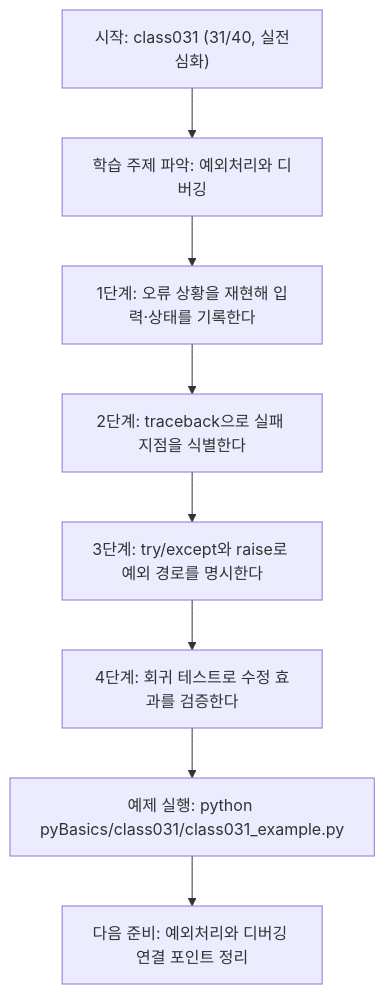
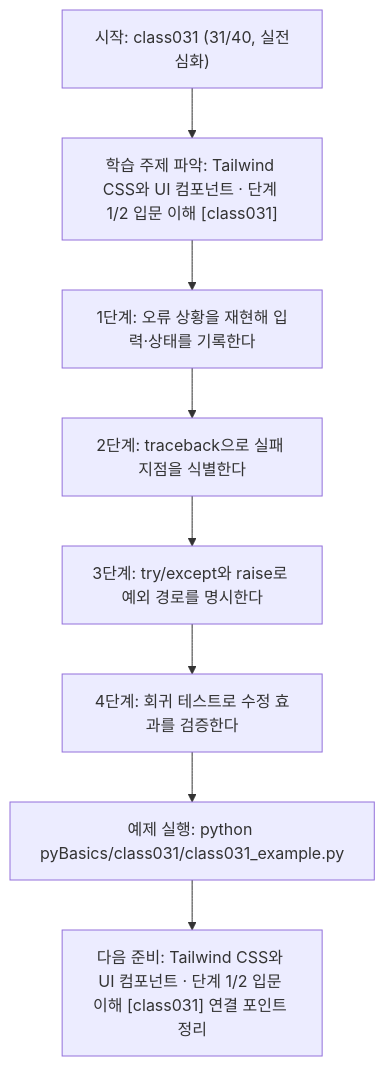
One commit to edumgt/Python-AI_Agent-Class changed the diagram in pyBasics/class031/class031.md. Above: the diagram before and after it, drawn with Mermaid. The commit also changed other lines of this file and 522 other files, not shown here.

````diff
--- a/pyBasics/class031/class031.md
+++ b/pyBasics/class031/class031.md
@@ -108,18 +108,18 @@
 ```mermaid
 flowchart TD
 N1["시작: class031 (31/40, 실전심화)"]
-N2["학습 주제 파악: 예외처리와 디버깅"]
+N2["학습 주제 파악: Tailwind CSS와 UI 컴포넌트 · 단계 1/2 입문 이해 [class031]"]
 N3["1단계: 오류 상황을 재현해 입력·상태를 기록한다"]
 N4["2단계: traceback으로 실패 지점을 식별한다"]
 N5["3단계: try/except와 raise로 예외 경로를 명시한다"]
 N6["4단계: 회귀 테스트로 수정 효과를 검증한다"]
 N7["예제 실행: python pyBasics/class031/class031_example.py"]
-N8["다음 준비: 예외처리와 디버깅 연결 포인트 정리"]
+N8["다음 준비: Tailwind CSS와 UI 컴포넌트 · 단계 1/2 입문 이해 [class031] 연결 포인트 정리"]
 N1 --> N2
 N2 --> N3
 N3 --> N4
 N4 --> N5
 N5 --> N6
 N6 --> N7
 N7 --> N8
 ```
````
